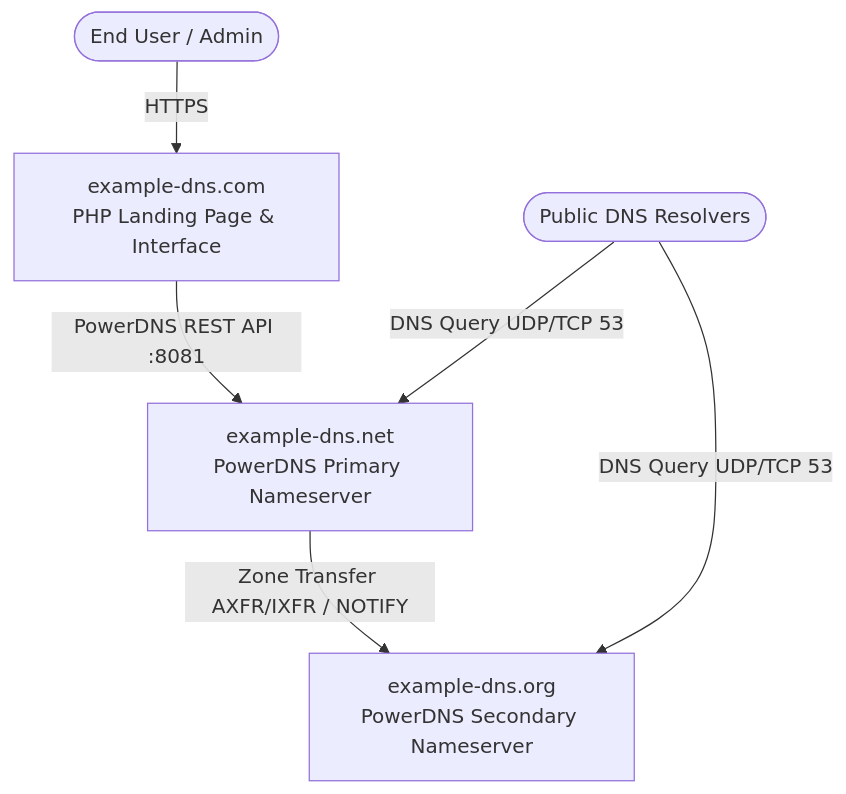
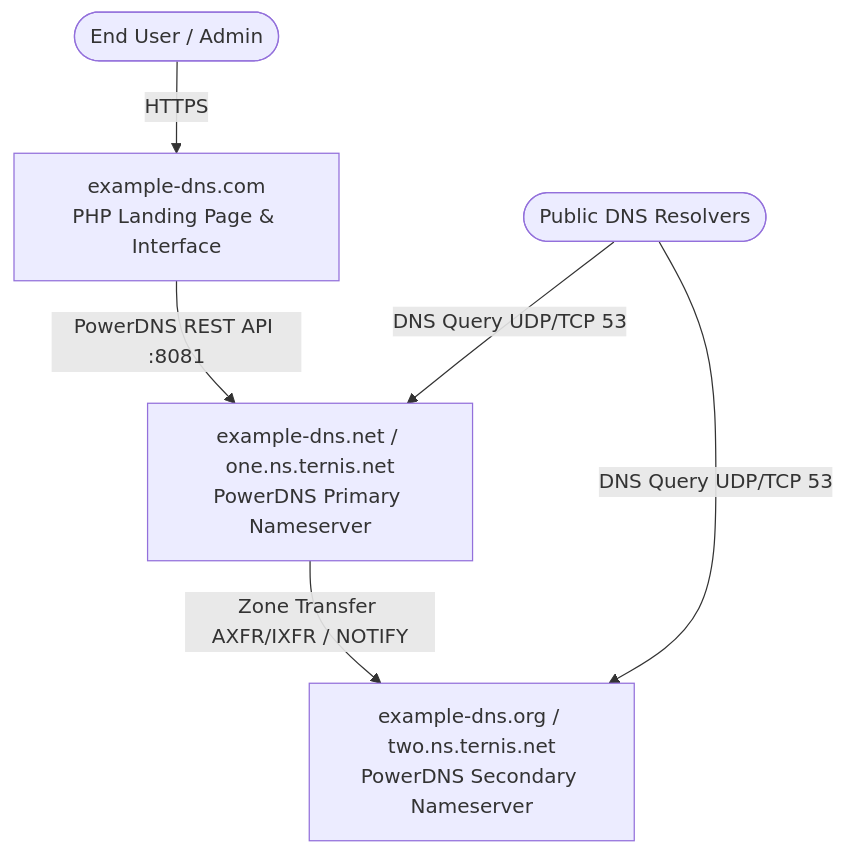
The diagram in docs/architecture.md (example-dns/example-dns), drawn with Mermaid before and after one commit. The commit also changed other lines of this file and 3 other files, not shown here.

````diff
--- a/docs/architecture.md
+++ b/docs/architecture.md
@@ -29,9 +29,9 @@
 ```mermaid
 flowchart TD
     User([End User / Admin]) -->|HTTPS| WebApp[example-dns.com<br/>PHP Landing Page & Interface]
-    WebApp -->|PowerDNS REST API :8081| PrimaryNS[example-dns.net<br/>PowerDNS Primary Nameserver]
-    PrimaryNS -->|Zone Transfer AXFR/IXFR / NOTIFY| SecondaryNS[example-dns.org<br/>PowerDNS Secondary Nameserver]
+    WebApp -->|PowerDNS REST API :8081| PrimaryNS[example-dns.net / one.ns.ternis.net<br/>PowerDNS Primary Nameserver]
+    PrimaryNS -->|Zone Transfer AXFR/IXFR / NOTIFY| SecondaryNS[example-dns.org / two.ns.ternis.net<br/>PowerDNS Secondary Nameserver]
     
     DNSClient([Public DNS Resolvers]) -->|DNS Query UDP/TCP 53| PrimaryNS
     DNSClient -->|DNS Query UDP/TCP 53| SecondaryNS
 ```
````
